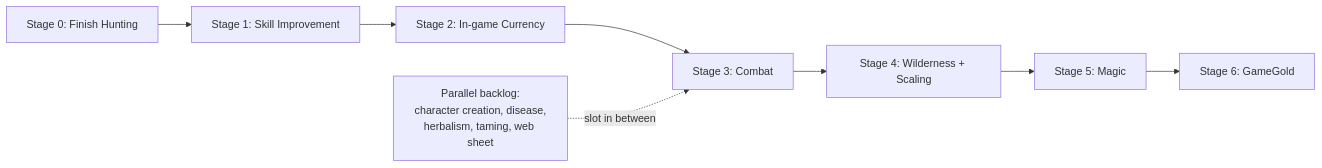
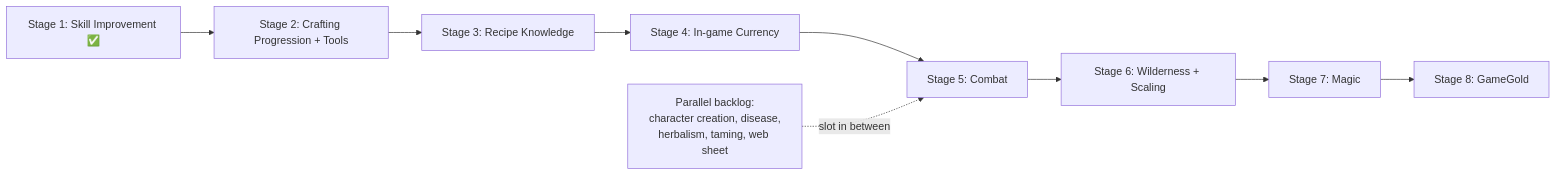
One commit to G0dlet/PolishedWorld changed the diagram in docs/roadmap.md. Above: the diagram before and after it, drawn with Mermaid. The commit also changed other lines of this file and 2 other files, not shown here.

````diff
--- a/docs/roadmap.md
+++ b/docs/roadmap.md
@@ -71,10 +62,11 @@
 ```mermaid
 graph LR
-    S0[Stage 0: Finish Hunting] --> S1[Stage 1: Skill Improvement]
-    S1 --> S2[Stage 2: In-game Currency]
-    S2 --> S3[Stage 3: Combat]
-    S3 --> S4[Stage 4: Wilderness + Scaling]
-    S4 --> S5[Stage 5: Magic]
-    S5 --> S6[Stage 6: GameGold]
-    P[Parallel backlog:<br/>character creation, disease,<br/>herbalism, taming, web sheet] -.slot in between.-> S3
+    S1[Stage 1: Skill Improvement ✅] --> S2[Stage 2: Crafting Progression + Tools]
+    S2 --> S3[Stage 3: Recipe Knowledge]
+    S3 --> S4[Stage 4: In-game Currency]
+    S4 --> S5[Stage 5: Combat]
+    S5 --> S6[Stage 6: Wilderness + Scaling]
+    S6 --> S7[Stage 7: Magic]
+    S7 --> S8[Stage 8: GameGold]
+    P[Parallel backlog:<br/>character creation, disease,<br/>herbalism, taming, web sheet] -.slot in between.-> S5
 ```
````
